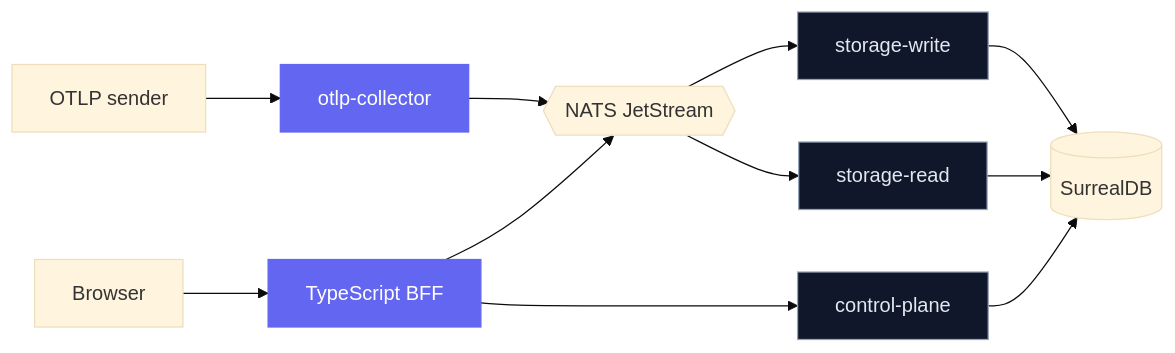
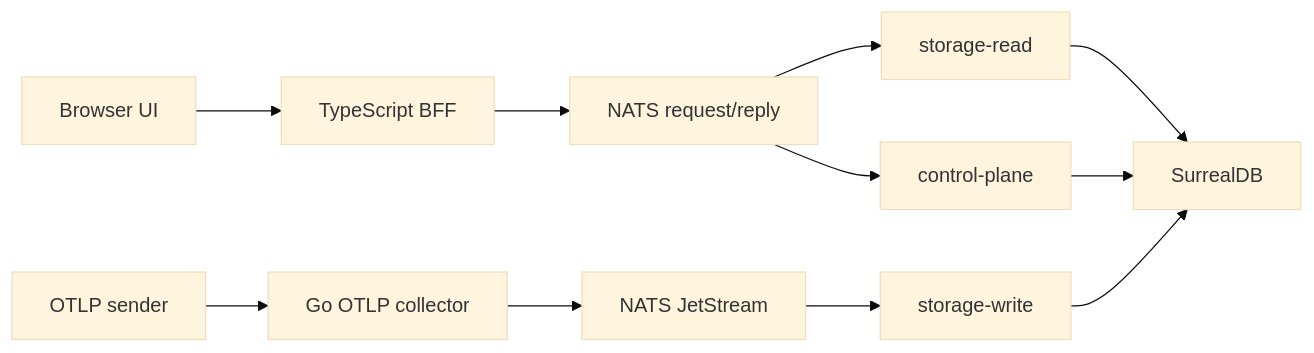
The diagram in website/src/content/handbook/architecture/index.md (cloudgrid/cloudgrid), drawn with Mermaid (base theme) before and after one commit. The commit also changed other lines of this file and 309 other files, not shown here.

````diff
--- a/website/src/content/handbook/architecture/index.md
+++ b/website/src/content/handbook/architecture/index.md
@@ -17,17 +23,13 @@
 ```mermaid
 flowchart LR
-  Sender["OTLP sender"] --> Collector["otlp-collector"]
-  Collector --> NATS{{"NATS JetStream"}}
-  NATS --> Writer["storage-write"]
-  Writer --> DB[("SurrealDB")]
-  Browser["Browser"] --> BFF["TypeScript BFF"]
-  BFF --> NATS
-  NATS --> Reader["storage-read"]
-  Reader --> DB
-  BFF --> Control["control-plane"]
+  Browser["Browser UI"] --> BFF["TypeScript BFF"]
+  Sender["OTLP sender"] --> Collector["Go OTLP collector"]
+  BFF --> NATS["NATS request/reply"]
+  Collector --> JetStream["NATS JetStream"]
+  NATS --> Read["storage-read"]
+  NATS --> Control["control-plane"]
+  JetStream --> Write["storage-write"]
+  Read --> DB["SurrealDB"]
+  Write --> DB
   Control --> DB
-  classDef public fill:#6366f1,stroke:#6366f1,color:#fff;
-  classDef private fill:#10172a,stroke:#94a3b8,color:#e2e8f0;
-  class BFF,Collector public;
-  class Writer,Reader,Control private;
 ```
````
